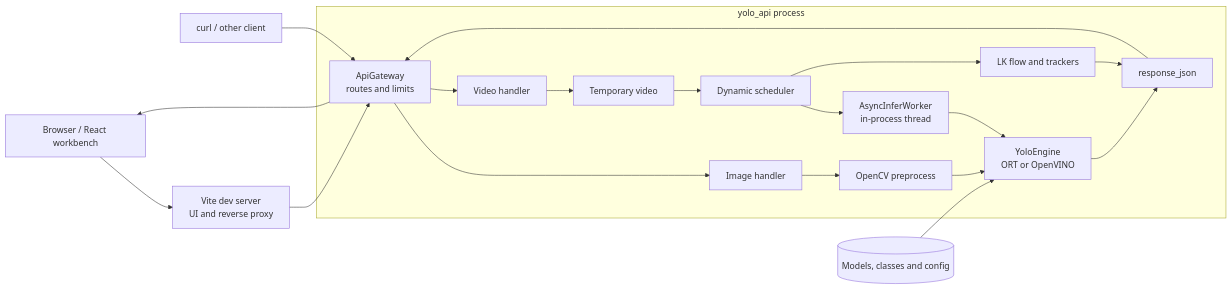
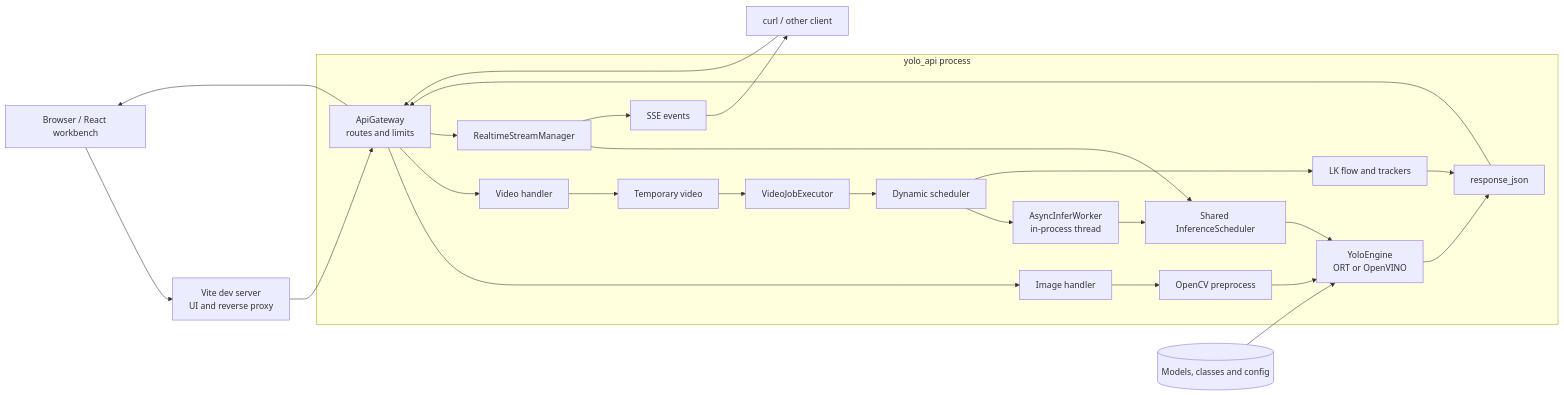
Before and after one commit to ChutianDuan/Yolo: the diagram in readme.md, drawn with Mermaid. The commit also changed other lines of this file and 4 other files, not shown here.

```diff
--- a/readme.md
+++ b/readme.md
@@ -22,32 +24,39 @@
 ~~~mermaid
 flowchart LR
     Browser[Browser / React workbench]
     Client[curl / other client]
     Vite[Vite dev server<br/>UI and reverse proxy]
 
     subgraph Service[yolo_api process]
         Gateway[ApiGateway<br/>routes and limits]
         ImageAPI[Image handler]
         VideoAPI[Video handler]
         Temp[Temporary video]
+        Jobs[VideoJobExecutor]
+        Streams[RealtimeStreamManager]
+        Shared[Shared InferenceScheduler]
+        SSE[SSE events]
         CV[OpenCV preprocess]
         Scheduler[Dynamic scheduler]
         Worker[AsyncInferWorker<br/>in-process thread]
         Tracking[LK flow and trackers]
         Engine[YoloEngine<br/>ORT or OpenVINO]
         JSON[response_json]
     end
 
     Models[(Models, classes and config)]
 
     Browser --> Vite --> Gateway
     Client --> Gateway
     Gateway --> ImageAPI --> CV --> Engine
-    Gateway --> VideoAPI --> Temp --> Scheduler
-    Scheduler --> Worker --> Engine
+    Gateway --> VideoAPI --> Temp --> Jobs --> Scheduler
+    Gateway --> Streams --> Shared --> Engine
+    Streams --> SSE
+    SSE --> Client
+    Scheduler --> Worker --> Shared
     Scheduler --> Tracking
     Models --> Engine
     Engine --> JSON
     Tracking --> JSON
     JSON --> Gateway --> Browser
 ~~~
```
